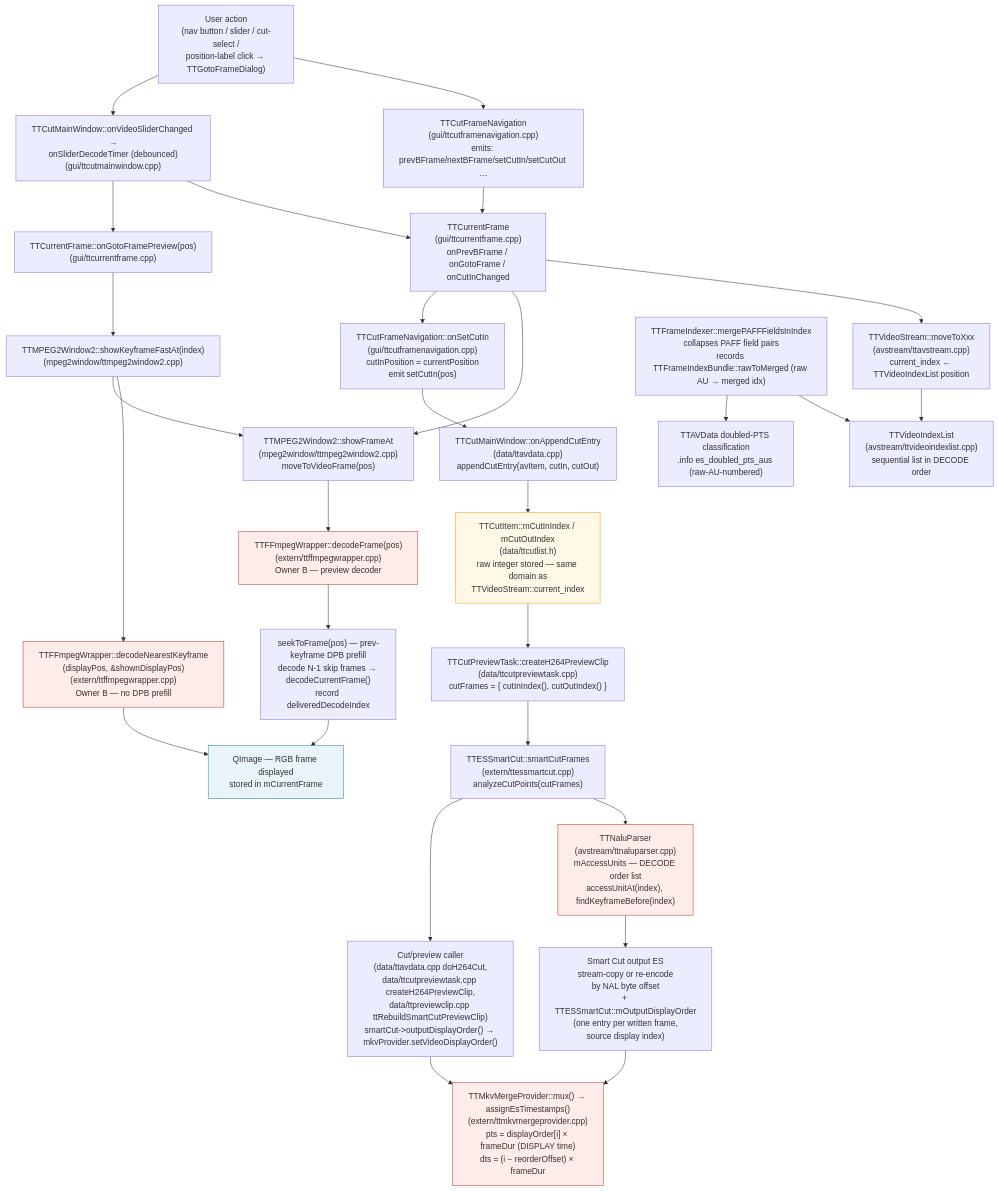
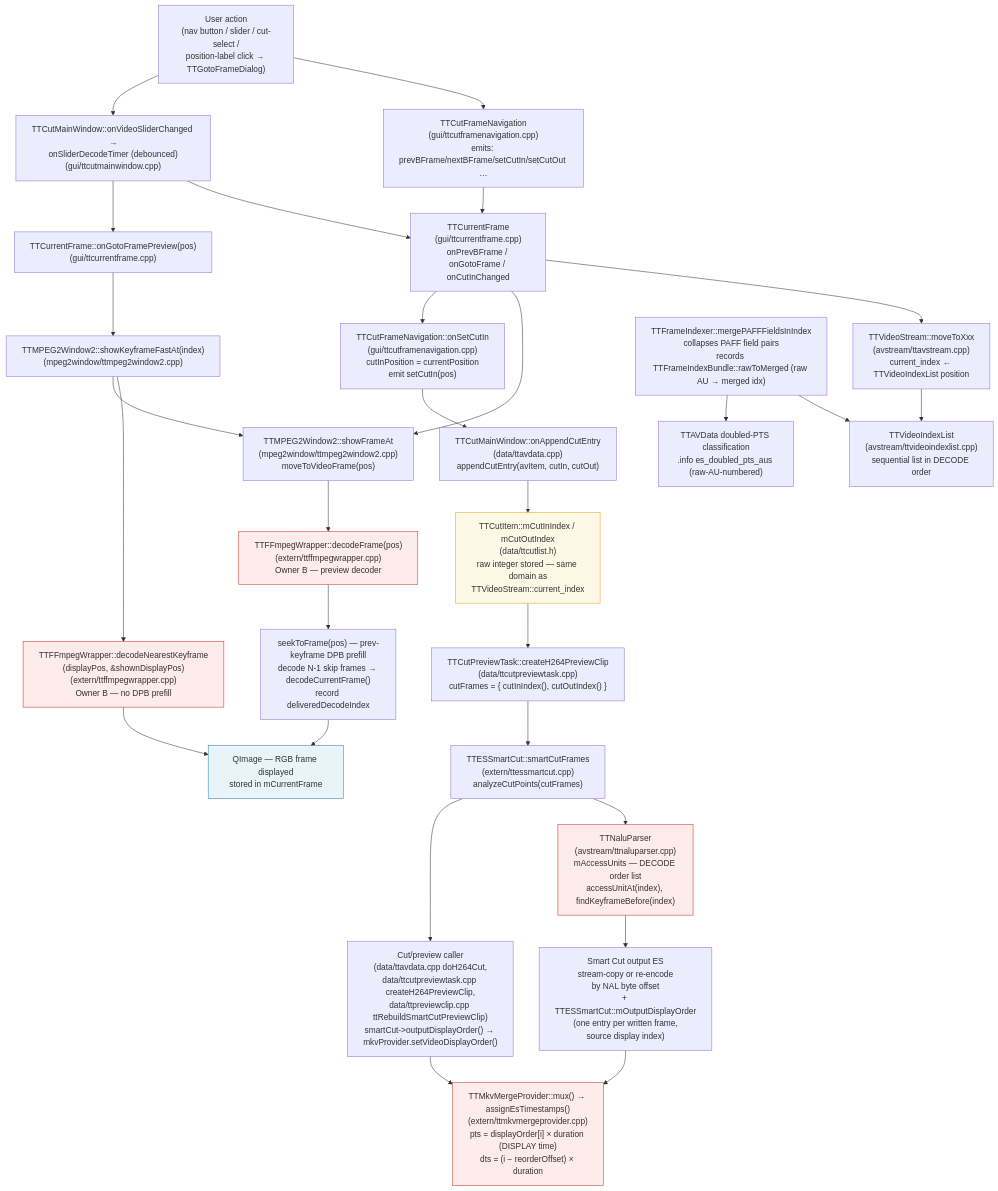
The diagram in docs/code-map/frame-order.md (MINIXJR/TTCut-ng), drawn with Mermaid before and after one commit. The commit also changed other lines of this file and 22 other files, not shown here.

````diff
--- a/docs/code-map/frame-order.md
+++ b/docs/code-map/frame-order.md
@@ -54,51 +54,51 @@
 ```mermaid
 flowchart TD
     A["User action<br/>(nav button / slider / cut-select /<br/>position-label click → TTGotoFrameDialog)"]
     B["TTCutFrameNavigation<br/>(gui/ttcutframenavigation.cpp)<br/>emits: prevBFrame/nextBFrame/setCutIn/setCutOut …"]
     C["TTCurrentFrame<br/>(gui/ttcurrentframe.cpp)<br/>onPrevBFrame / onGotoFrame / onCutInChanged"]
     D["TTVideoStream::moveToXxx<br/>(avstream/ttavstream.cpp)<br/>current_index ← TTVideoIndexList position"]
     E["TTVideoIndexList<br/>(avstream/ttvideoindexlist.cpp)<br/>sequential list in DECODE order"]
     F["TTMPEG2Window2::showFrameAt<br/>(mpeg2window/ttmpeg2window2.cpp)<br/>moveToVideoFrame(pos)"]
     G["TTFFmpegWrapper::decodeFrame(pos)<br/>(extern/ttffmpegwrapper.cpp)<br/>Owner B — preview decoder"]
     H["seekToFrame(pos) — prev-keyframe DPB prefill<br/>decode N-1 skip frames → decodeCurrentFrame()<br/>record deliveredDecodeIndex"]
     I["QImage — RGB frame displayed<br/>stored in mCurrentFrame"]
     SL["TTCutMainWindow::onVideoSliderChanged →<br/>onSliderDecodeTimer (debounced)<br/>(gui/ttcutmainwindow.cpp)"]
     GP["TTCurrentFrame::onGotoFramePreview(pos)<br/>(gui/ttcurrentframe.cpp)"]
     KF["TTMPEG2Window2::showKeyframeFastAt(index)<br/>(mpeg2window/ttmpeg2window2.cpp)"]
     NK["TTFFmpegWrapper::decodeNearestKeyframe<br/>(displayPos, &amp;shownDisplayPos)<br/>(extern/ttffmpegwrapper.cpp)<br/>Owner B — no DPB prefill"]
     J["TTCutFrameNavigation::onSetCutIn<br/>(gui/ttcutframenavigation.cpp)<br/>cutInPosition = currentPosition<br/>emit setCutIn(pos)"]
     K["TTCutMainWindow::onAppendCutEntry<br/>(data/ttavdata.cpp)<br/>appendCutEntry(avItem, cutIn, cutOut)"]
     L["TTCutItem::mCutInIndex / mCutOutIndex<br/>(data/ttcutlist.h)<br/>raw integer stored — same domain as<br/>TTVideoStream::current_index"]
     M["TTCutPreviewTask::createH264PreviewClip<br/>(data/ttcutpreviewtask.cpp)<br/>cutFrames = { cutInIndex(), cutOutIndex() }"]
     N["TTESSmartCut::smartCutFrames<br/>(extern/ttessmartcut.cpp)<br/>analyzeCutPoints(cutFrames)"]
     O["TTNaluParser<br/>(avstream/ttnaluparser.cpp)<br/>mAccessUnits — DECODE order list<br/>accessUnitAt(index), findKeyframeBefore(index)"]
     P["Smart Cut output ES<br/>stream-copy or re-encode<br/>by NAL byte offset<br/>+ TTESSmartCut::mOutputDisplayOrder<br/>(one entry per written frame,<br/>source display index)"]
     Q["Cut/preview caller<br/>(data/ttavdata.cpp doH264Cut,<br/>data/ttcutpreviewtask.cpp createH264PreviewClip,<br/>data/ttpreviewclip.cpp ttRebuildSmartCutPreviewClip)<br/>smartCut->outputDisplayOrder() → mkvProvider.setVideoDisplayOrder()"]
-    R["TTMkvMergeProvider::mux() → assignEsTimestamps()<br/>(extern/ttmkvmergeprovider.cpp)<br/>pts = displayOrder[i] × frameDur (DISPLAY time)<br/>dts = (i − reorderOffset) × frameDur"]
+    R["TTMkvMergeProvider::mux() → assignEsTimestamps()<br/>(extern/ttmkvmergeprovider.cpp)<br/>pts = displayOrder[i] × duration (DISPLAY time)<br/>dts = (i − reorderOffset) × duration"]
 
     MRG["TTFrameIndexer::mergePAFFFieldsInIndex<br/>collapses PAFF field pairs<br/>records TTFrameIndexBundle::rawToMerged (raw AU → merged idx)"]
     DPC["TTAVData doubled-PTS classification<br/>.info es_doubled_pts_aus (raw-AU-numbered)"]
 
     A --> B --> C
     C --> D --> E
     MRG --> E
     MRG --> DPC
     C --> F
     F --> G --> H --> I
     C --> J --> K --> L
     L --> M --> N --> O --> P
     N --> Q --> R
     P --> R
     A --> SL
     SL --> C
     SL --> GP --> KF
     KF --> NK --> I
     KF --> F
 
     style I fill:#e8f4f8,stroke:#2980b9
     style L fill:#fef9e7,stroke:#f39c12
     style G fill:#fdecea,stroke:#c0392b
     style O fill:#fdecea,stroke:#c0392b
     style R fill:#fdecea,stroke:#c0392b
     style NK fill:#fdecea,stroke:#c0392b
 ```
````
